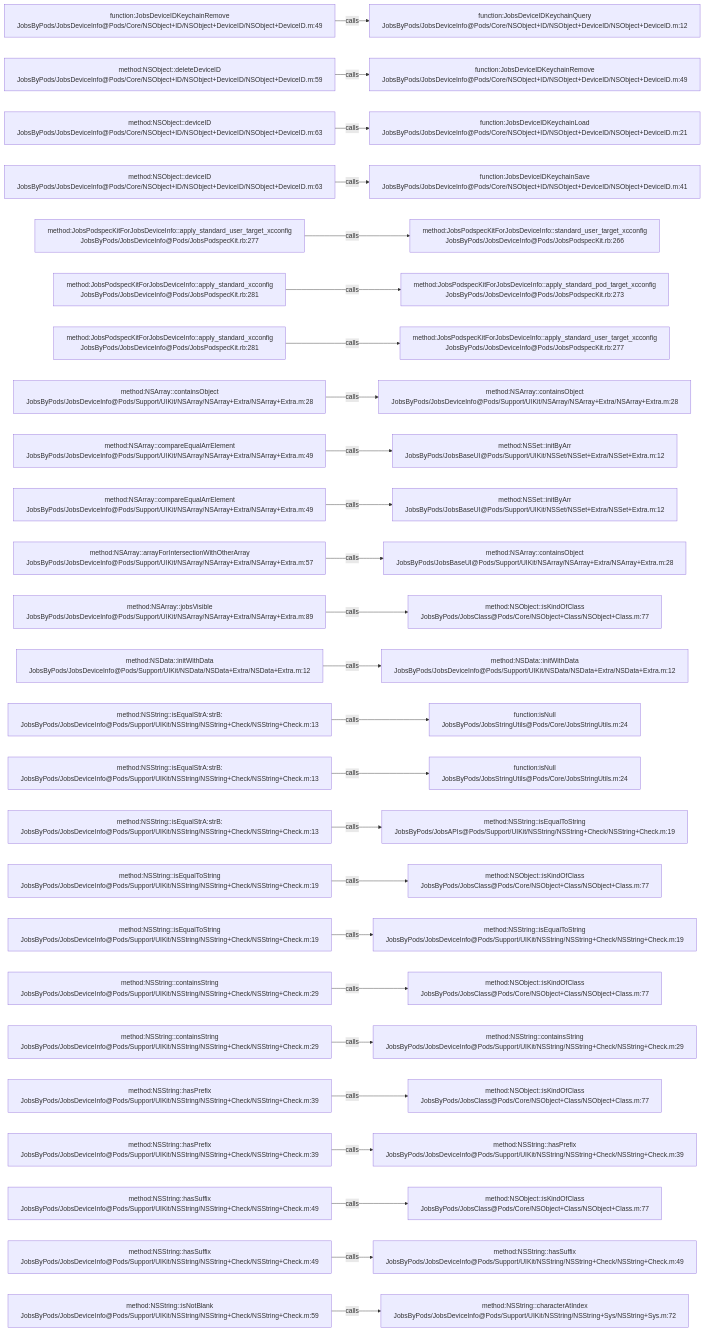
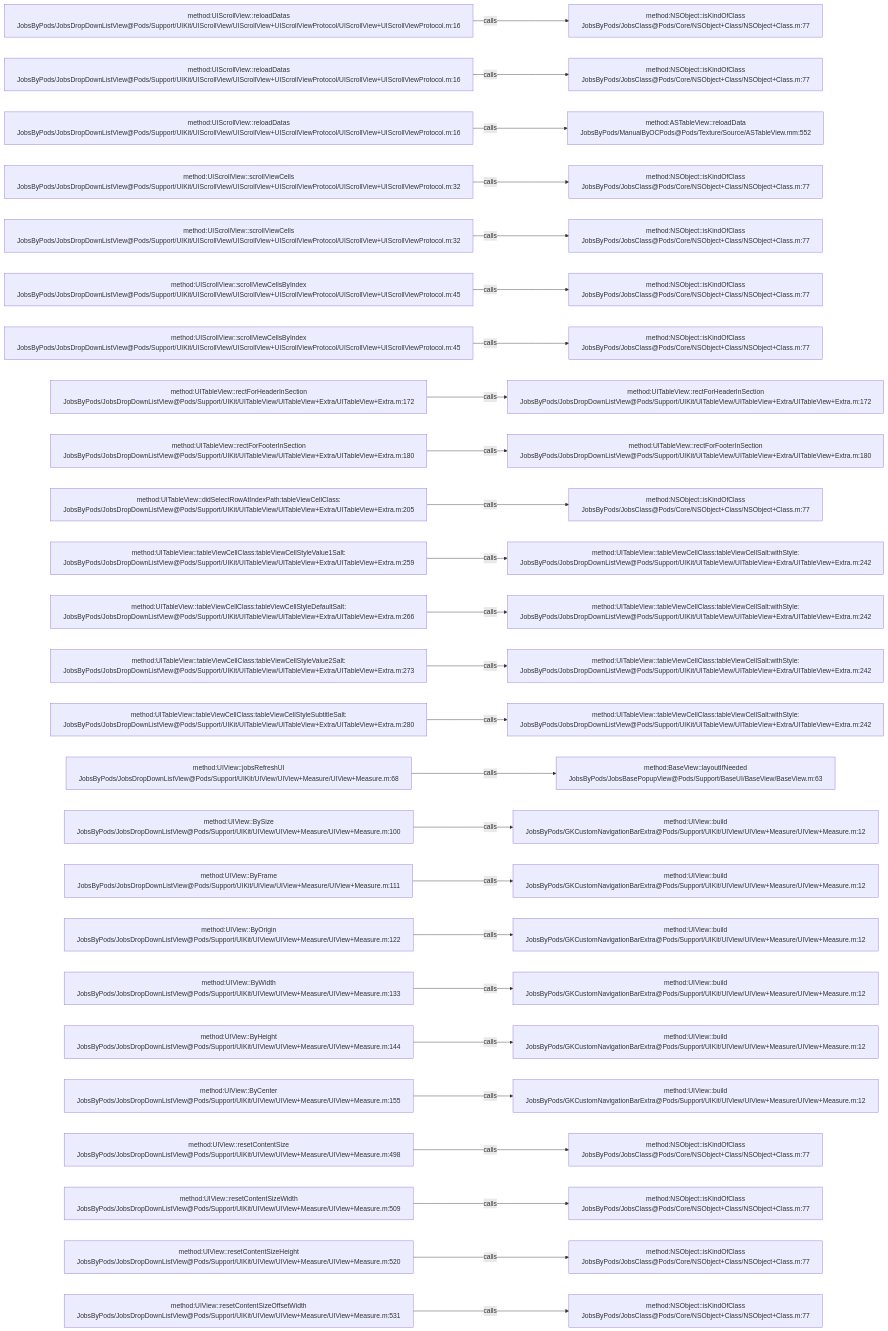
The diagram in .codegraph/codegraph.md/graphs/calls-093.md (JobsKits/JobsOCBaseConfigDemo), drawn with Mermaid before and after one commit. The commit also changed 639 other files, not shown here.

````diff
--- a/.codegraph/codegraph.md/graphs/calls-093.md
+++ b/.codegraph/codegraph.md/graphs/calls-093.md
@@ -13,78 +13,78 @@
 ```mermaid
 flowchart LR
-  S1["function:JobsDeviceIDKeychainRemove<br/>JobsByPods/JobsDeviceInfo@Pods/Core/NSObject+ID/NSObject+DeviceID/NSObject+DeviceID.m:49"]
-  T1["function:JobsDeviceIDKeychainQuery<br/>JobsByPods/JobsDeviceInfo@Pods/Core/NSObject+ID/NSObject+DeviceID/NSObject+DeviceID.m:12"]
+  S1["method:UIScrollView::reloadDatas<br/>JobsByPods/JobsDropDownListView@Pods/Support/UIKit/UIScrollView/UIScrollView+UIScrollViewProtocol/UIScrollView+UIScrollViewProtocol.m:16"]
+  T1["method:NSObject::isKindOfClass<br/>JobsByPods/JobsClass@Pods/Core/NSObject+Class/NSObject+Class.m:77"]
   S1 -->|calls| T1
-  S2["method:NSObject::deleteDeviceID<br/>JobsByPods/JobsDeviceInfo@Pods/Core/NSObject+ID/NSObject+DeviceID/NSObject+DeviceID.m:59"]
-  T2["function:JobsDeviceIDKeychainRemove<br/>JobsByPods/JobsDeviceInfo@Pods/Core/NSObject+ID/NSObject+DeviceID/NSObject+DeviceID.m:49"]
+  S2["method:UIScrollView::reloadDatas<br/>JobsByPods/JobsDropDownListView@Pods/Support/UIKit/UIScrollView/UIScrollView+UIScrollViewProtocol/UIScrollView+UIScrollViewProtocol.m:16"]
+  T2["method:NSObject::isKindOfClass<br/>JobsByPods/JobsClass@Pods/Core/NSObject+Class/NSObject+Class.m:77"]
   S2 -->|calls| T2
-  S3["method:NSObject::deviceID<br/>JobsByPods/JobsDeviceInfo@Pods/Core/NSObject+ID/NSObject+DeviceID/NSObject+DeviceID.m:63"]
-  T3["function:JobsDeviceIDKeychainLoad<br/>JobsByPods/JobsDeviceInfo@Pods/Core/NSObject+ID/NSObject+DeviceID/NSObject+DeviceID.m:21"]
+  S3["method:UIScrollView::reloadDatas<br/>JobsByPods/JobsDropDownListView@Pods/Support/UIKit/UIScrollView/UIScrollView+UIScrollViewProtocol/UIScrollView+UIScrollViewProtocol.m:16"]
+  T3["method:ASTableView::reloadData<br/>JobsByPods/ManualByOCPods@Pods/Texture/Source/ASTableView.mm:552"]
   S3 -->|calls| T3
-  S4["method:NSObject::deviceID<br/>JobsByPods/JobsDeviceInfo@Pods/Core/NSObject+ID/NSObject+DeviceID/NSObject+DeviceID.m:63"]
-  T4["function:JobsDeviceIDKeychainSave<br/>JobsByPods/JobsDeviceInfo@Pods/Core/NSObject+ID/NSObject+DeviceID/NSObject+DeviceID.m:41"]
+  S4["method:UIScrollView::scrollViewCells<br/>JobsByPods/JobsDropDownListView@Pods/Support/UIKit/UIScrollView/UIScrollView+UIScrollViewProtocol/UIScrollView+UIScrollViewProtocol.m:32"]
+  T4["method:NSObject::isKindOfClass<br/>JobsByPods/JobsClass@Pods/Core/NSObject+Class/NSObject+Class.m:77"]
   S4 -->|calls| T4
-  S5["method:JobsPodspecKitForJobsDeviceInfo::apply_standard_user_target_xcconfig<br/>JobsByPods/JobsDeviceInfo@Pods/JobsPodspecKit.rb:277"]
-  T5["method:JobsPodspecKitForJobsDeviceInfo::standard_user_target_xcconfig<br/>JobsByPods/JobsDeviceInfo@Pods/JobsPodspecKit.rb:266"]
+  S5["method:UIScrollView::scrollViewCells<br/>JobsByPods/JobsDropDownListView@Pods/Support/UIKit/UIScrollView/UIScrollView+UIScrollViewProtocol/UIScrollView+UIScrollViewProtocol.m:32"]
+  T5["method:NSObject::isKindOfClass<br/>JobsByPods/JobsClass@Pods/Core/NSObject+Class/NSObject+Class.m:77"]
   S5 -->|calls| T5
-  S6["method:JobsPodspecKitForJobsDeviceInfo::apply_standard_xcconfig<br/>JobsByPods/JobsDeviceInfo@Pods/JobsPodspecKit.rb:281"]
-  T6["method:JobsPodspecKitForJobsDeviceInfo::apply_standard_pod_target_xcconfig<br/>JobsByPods/JobsDeviceInfo@Pods/JobsPodspecKit.rb:273"]
+  S6["method:UIScrollView::scrollViewCellsByIndex<br/>JobsByPods/JobsDropDownListView@Pods/Support/UIKit/UIScrollView/UIScrollView+UIScrollViewProtocol/UIScrollView+UIScrollViewProtocol.m:45"]
+  T6["method:NSObject::isKindOfClass<br/>JobsByPods/JobsClass@Pods/Core/NSObject+Class/NSObject+Class.m:77"]
   S6 -->|calls| T6
-  S7["method:JobsPodspecKitForJobsDeviceInfo::apply_standard_xcconfig<br/>JobsByPods/JobsDeviceInfo@Pods/JobsPodspecKit.rb:281"]
-  T7["method:JobsPodspecKitForJobsDeviceInfo::apply_standard_user_target_xcconfig<br/>JobsByPods/JobsDeviceInfo@Pods/JobsPodspecKit.rb:277"]
+  S7["method:UIScrollView::scrollViewCellsByIndex<br/>JobsByPods/JobsDropDownListView@Pods/Support/UIKit/UIScrollView/UIScrollView+UIScrollViewProtocol/UIScrollView+UIScrollViewProtocol.m:45"]
+  T7["method:NSObject::isKindOfClass<br/>JobsByPods/JobsClass@Pods/Core/NSObject+Class/NSObject+Class.m:77"]
   S7 -->|calls| T7
-  S8["method:NSArray::containsObject<br/>JobsByPods/JobsDeviceInfo@Pods/Support/UIKit/NSArray/NSArray+Extra/NSArray+Extra.m:28"]
-  T8["method:NSArray::containsObject<br/>JobsByPods/JobsDeviceInfo@Pods/Support/UIKit/NSArray/NSArray+Extra/NSArray+Extra.m:28"]
+  S8["method:UITableView::rectForHeaderInSection<br/>JobsByPods/JobsDropDownListView@Pods/Support/UIKit/UITableView/UITableView+Extra/UITableView+Extra.m:172"]
+  T8["method:UITableView::rectForHeaderInSection<br/>JobsByPods/JobsDropDownListView@Pods/Support/UIKit/UITableView/UITableView+Extra/UITableView+Extra.m:172"]
   S8 -->|calls| T8
-  S9["method:NSArray::compareEqualArrElement<br/>JobsByPods/JobsDeviceInfo@Pods/Support/UIKit/NSArray/NSArray+Extra/NSArray+Extra.m:49"]
-  T9["method:NSSet::initByArr<br/>JobsByPods/JobsBaseUI@Pods/Support/UIKit/NSSet/NSSet+Extra/NSSet+Extra.m:12"]
+  S9["method:UITableView::rectForFooterInSection<br/>JobsByPods/JobsDropDownListView@Pods/Support/UIKit/UITableView/UITableView+Extra/UITableView+Extra.m:180"]
+  T9["method:UITableView::rectForFooterInSection<br/>JobsByPods/JobsDropDownListView@Pods/Support/UIKit/UITableView/UITableView+Extra/UITableView+Extra.m:180"]
   S9 -->|calls| T9
-  S10["method:NSArray::compareEqualArrElement<br/>JobsByPods/JobsDeviceInfo@Pods/Support/UIKit/NSArray/NSArray+Extra/NSArray+Extra.m:49"]
-  T10["method:NSSet::initByArr<br/>JobsByPods/JobsBaseUI@Pods/Support/UIKit/NSSet/NSSet+Extra/NSSet+Extra.m:12"]
+  S10["method:UITableView::didSelectRowAtIndexPath:tableViewCellClass:<br/>JobsByPods/JobsDropDownListView@Pods/Support/UIKit/UITableView/UITableView+Extra/UITableView+Extra.m:205"]
+  T10["method:NSObject::isKindOfClass<br/>JobsByPods/JobsClass@Pods/Core/NSObject+Class/NSObject+Class.m:77"]
   S10 -->|calls| T10
-  S11["method:NSArray::arrayForIntersectionWithOtherArray<br/>JobsByPods/JobsDeviceInfo@Pods/Support/UIKit/NSArray/NSArray+Extra/NSArray+Extra.m:57"]
-  T11["method:NSArray::containsObject<br/>JobsByPods/JobsBaseUI@Pods/Support/UIKit/NSArray/NSArray+Extra/NSArray+Extra.m:28"]
+  S11["method:UITableView::tableViewCellClass:tableViewCellStyleValue1Salt:<br/>JobsByPods/JobsDropDownListView@Pods/Support/UIKit/UITableView/UITableView+Extra/UITableView+Extra.m:259"]
+  T11["method:UITableView::tableViewCellClass:tableViewCellSalt:withStyle:<br/>JobsByPods/JobsDropDownListView@Pods/Support/UIKit/UITableView/UITableView+Extra/UITableView+Extra.m:242"]
   S11 -->|calls| T11
-  S12["method:NSArray::jobsVisible<br/>JobsByPods/JobsDeviceInfo@Pods/Support/UIKit/NSArray/NSArray+Extra/NSArray+Extra.m:89"]
-  T12["method:NSObject::isKindOfClass<br/>JobsByPods/JobsClass@Pods/Core/NSObject+Class/NSObject+Class.m:77"]
+  S12["method:UITableView::tableViewCellClass:tableViewCellStyleDefaultSalt:<br/>JobsByPods/JobsDropDownListView@Pods/Support/UIKit/UITableView/UITableView+Extra/UITableView+Extra.m:266"]
+  T12["method:UITableView::tableViewCellClass:tableViewCellSalt:withStyle:<br/>JobsByPods/JobsDropDownListView@Pods/Support/UIKit/UITableView/UITableView+Extra/UITableView+Extra.m:242"]
   S12 -->|calls| T12
-  S13["method:NSData::initWithData<br/>JobsByPods/JobsDeviceInfo@Pods/Support/UIKit/NSData/NSData+Extra/NSData+Extra.m:12"]
-  T13["method:NSData::initWithData<br/>JobsByPods/JobsDeviceInfo@Pods/Support/UIKit/NSData/NSData+Extra/NSData+Extra.m:12"]
+  S13["method:UITableView::tableViewCellClass:tableViewCellStyleValue2Salt:<br/>JobsByPods/JobsDropDownListView@Pods/Support/UIKit/UITableView/UITableView+Extra/UITableView+Extra.m:273"]
+  T13["method:UITableView::tableViewCellClass:tableViewCellSalt:withStyle:<br/>JobsByPods/JobsDropDownListView@Pods/Support/UIKit/UITableView/UITableView+Extra/UITableView+Extra.m:242"]
   S13 -->|calls| T13
-  S14["method:NSString::isEqualStrA:strB:<br/>JobsByPods/JobsDeviceInfo@Pods/Support/UIKit/NSString/NSString+Check/NSString+Check.m:13"]
-  T14["function:isNull<br/>JobsByPods/JobsStringUtils@Pods/Core/JobsStringUtils.m:24"]
+  S14["method:UITableView::tableViewCellClass:tableViewCellStyleSubtitleSalt:<br/>JobsByPods/JobsDropDownListView@Pods/Support/UIKit/UITableView/UITableView+Extra/UITableView+Extra.m:280"]
+  T14["method:UITableView::tableViewCellClass:tableViewCellSalt:withStyle:<br/>JobsByPods/JobsDropDownListView@Pods/Support/UIKit/UITableView/UITableView+Extra/UITableView+Extra.m:242"]
   S14 -->|calls| T14
-  S15["method:NSString::isEqualStrA:strB:<br/>JobsByPods/JobsDeviceInfo@Pods/Support/UIKit/NSString/NSString+Check/NSString+Check.m:13"]
-  T15["function:isNull<br/>JobsByPods/JobsStringUtils@Pods/Core/JobsStringUtils.m:24"]
+  S15["method:UIView::jobsRefreshUI<br/>JobsByPods/JobsDropDownListView@Pods/Support/UIKit/UIView/UIView+Measure/UIView+Measure.m:68"]
+  T15["method:BaseView::layoutIfNeeded<br/>JobsByPods/JobsBasePopupView@Pods/Support/BaseUI/BaseView/BaseView.m:63"]
   S15 -->|calls| T15
-  S16["method:NSString::isEqualStrA:strB:<br/>JobsByPods/JobsDeviceInfo@Pods/Support/UIKit/NSString/NSString+Check/NSString+Check.m:13"]
-  T16["method:NSString::isEqualToString<br/>JobsByPods/JobsAPIs@Pods/Support/UIKit/NSString/NSString+Check/NSString+Check.m:19"]
+  S16["method:UIView::BySize<br/>JobsByPods/JobsDropDownListView@Pods/Support/UIKit/UIView/UIView+Measure/UIView+Measure.m:100"]
+  T16["method:UIView::build<br/>JobsByPods/GKCustomNavigationBarExtra@Pods/Support/UIKit/UIView/UIView+Measure/UIView+Measure.m:12"]
   S16 -->|calls| T16
-  S17["method:NSString::isEqualToString<br/>JobsByPods/JobsDeviceInfo@Pods/Support/UIKit/NSString/NSString+Check/NSString+Check.m:19"]
-  T17["method:NSObject::isKindOfClass<br/>JobsByPods/JobsClass@Pods/Core/NSObject+Class/NSObject+Class.m:77"]
+  S17["method:UIView::ByFrame<br/>JobsByPods/JobsDropDownListView@Pods/Support/UIKit/UIView/UIView+Measure/UIView+Measure.m:111"]
+  T17["method:UIView::build<br/>JobsByPods/GKCustomNavigationBarExtra@Pods/Support/UIKit/UIView/UIView+Measure/UIView+Measure.m:12"]
   S17 -->|calls| T17
-  S18["method:NSString::isEqualToString<br/>JobsByPods/JobsDeviceInfo@Pods/Support/UIKit/NSString/NSString+Check/NSString+Check.m:19"]
-  T18["method:NSString::isEqualToString<br/>JobsByPods/JobsDeviceInfo@Pods/Support/UIKit/NSString/NSString+Check/NSString+Check.m:19"]
+  S18["method:UIView::ByOrigin<br/>JobsByPods/JobsDropDownListView@Pods/Support/UIKit/UIView/UIView+Measure/UIView+Measure.m:122"]
+  T18["method:UIView::build<br/>JobsByPods/GKCustomNavigationBarExtra@Pods/Support/UIKit/UIView/UIView+Measure/UIView+Measure.m:12"]
   S18 -->|calls| T18
-  S19["method:NSString::containsString<br/>JobsByPods/JobsDeviceInfo@Pods/Support/UIKit/NSString/NSString+Check/NSString+Check.m:29"]
-  T19["method:NSObject::isKindOfClass<br/>JobsByPods/JobsClass@Pods/Core/NSObject+Class/NSObject+Class.m:77"]
+  S19["method:UIView::ByWidth<br/>JobsByPods/JobsDropDownListView@Pods/Support/UIKit/UIView/UIView+Measure/UIView+Measure.m:133"]
+  T19["method:UIView::build<br/>JobsByPods/GKCustomNavigationBarExtra@Pods/Support/UIKit/UIView/UIView+Measure/UIView+Measure.m:12"]
   S19 -->|calls| T19
-  S20["method:NSString::containsString<br/>JobsByPods/JobsDeviceInfo@Pods/Support/UIKit/NSString/NSString+Check/NSString+Check.m:29"]
-  T20["method:NSString::containsString<br/>JobsByPods/JobsDeviceInfo@Pods/Support/UIKit/NSString/NSString+Check/NSString+Check.m:29"]
+  S20["method:UIView::ByHeight<br/>JobsByPods/JobsDropDownListView@Pods/Support/UIKit/UIView/UIView+Measure/UIView+Measure.m:144"]
+  T20["method:UIView::build<br/>JobsByPods/GKCustomNavigationBarExtra@Pods/Support/UIKit/UIView/UIView+Measure/UIView+Measure.m:12"]
   S20 -->|calls| T20
-  S21["method:NSString::hasPrefix<br/>JobsByPods/JobsDeviceInfo@Pods/Support/UIKit/NSString/NSString+Check/NSString+Check.m:39"]
-  T21["method:NSObject::isKindOfClass<br/>JobsByPods/JobsClass@Pods/Core/NSObject+Class/NSObject+Class.m:77"]
+  S21["method:UIView::ByCenter<br/>JobsByPods/JobsDropDownListView@Pods/Support/UIKit/UIView/UIView+Measure/UIView+Measure.m:155"]
+  T21["method:UIView::build<br/>JobsByPods/GKCustomNavigationBarExtra@Pods/Support/UIKit/UIView/UIView+Measure/UIView+Measure.m:12"]
   S21 -->|calls| T21
-  S22["method:NSString::hasPrefix<br/>JobsByPods/JobsDeviceInfo@Pods/Support/UIKit/NSString/NSString+Check/NSString+Check.m:39"]
-  T22["method:NSString::hasPrefix<br/>JobsByPods/JobsDeviceInfo@Pods/Support/UIKit/NSString/NSString+Check/NSString+Check.m:39"]
+  S22["method:UIView::resetContentSize<br/>JobsByPods/JobsDropDownListView@Pods/Support/UIKit/UIView/UIView+Measure/UIView+Measure.m:498"]
+  T22["method:NSObject::isKindOfClass<br/>JobsByPods/JobsClass@Pods/Core/NSObject+Class/NSObject+Class.m:77"]
   S22 -->|calls| T22
-  S23["method:NSString::hasSuffix<br/>JobsByPods/JobsDeviceInfo@Pods/Support/UIKit/NSString/NSString+Check/NSString+Check.m:49"]
+  S23["method:UIView::resetContentSizeWidth<br/>JobsByPods/JobsDropDownListView@Pods/Support/UIKit/UIView/UIView+Measure/UIView+Measure.m:509"]
   T23["method:NSObject::isKindOfClass<br/>JobsByPods/JobsClass@Pods/Core/NSObject+Class/NSObject+Class.m:77"]
   S23 -->|calls| T23
-  S24["method:NSString::hasSuffix<br/>JobsByPods/JobsDeviceInfo@Pods/Support/UIKit/NSString/NSString+Check/NSString+Check.m:49"]
-  T24["method:NSString::hasSuffix<br/>JobsByPods/JobsDeviceInfo@Pods/Support/UIKit/NSString/NSString+Check/NSString+Check.m:49"]
+  S24["method:UIView::resetContentSizeHeight<br/>JobsByPods/JobsDropDownListView@Pods/Support/UIKit/UIView/UIView+Measure/UIView+Measure.m:520"]
+  T24["method:NSObject::isKindOfClass<br/>JobsByPods/JobsClass@Pods/Core/NSObject+Class/NSObject+Class.m:77"]
   S24 -->|calls| T24
-  S25["method:NSString::isNotBlank<br/>JobsByPods/JobsDeviceInfo@Pods/Support/UIKit/NSString/NSString+Check/NSString+Check.m:59"]
-  T25["method:NSString::characterAtIndex<br/>JobsByPods/JobsDeviceInfo@Pods/Support/UIKit/NSString/NSString+Sys/NSString+Sys.m:72"]
+  S25["method:UIView::resetContentSizeOffsetWidth<br/>JobsByPods/JobsDropDownListView@Pods/Support/UIKit/UIView/UIView+Measure/UIView+Measure.m:531"]
+  T25["method:NSObject::isKindOfClass<br/>JobsByPods/JobsClass@Pods/Core/NSObject+Class/NSObject+Class.m:77"]
   S25 -->|calls| T25
 ```
````
